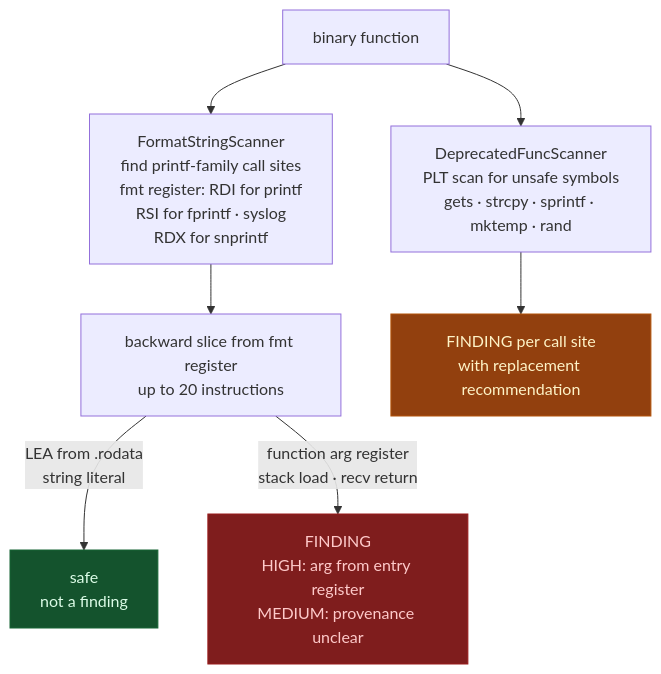
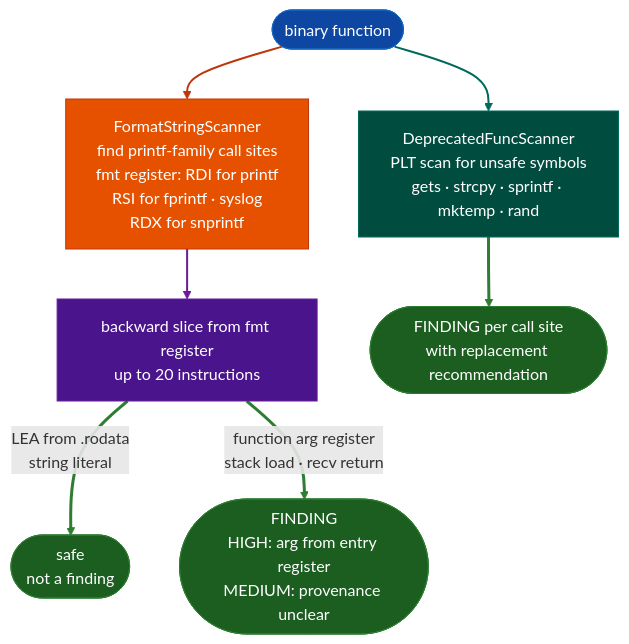
One commit to Ablation-Tool/ablation changed diagram 16 of 22 in docs/overview.md. Above: the diagram before and after it, drawn with Mermaid. The commit also changed other lines of this file and 320 other files, not shown here.

First line of the commit message:
docs: apply canonical Mermaid template to all 321 diagrams

````diff
--- a/docs/overview.md
+++ b/docs/overview.md
@@ -378,14 +496,22 @@
 ```mermaid
 flowchart TD
-    A["binary function"] --> B["FormatStringScanner\nfind printf-family call sites\nfmt register: RDI for printf\nRSI for fprintf · syslog\nRDX for snprintf"]
-    B --> C["backward slice from fmt register\nup to 20 instructions"]
-    C -->|"LEA from .rodata\nstring literal"| D["safe\nnot a finding"]
-    C -->|"function arg register\nstack load · recv return"| E["FINDING\nHIGH: arg from entry register\nMEDIUM: provenance unclear"]
+    A(["binary function"]):::input --> B["FormatStringScanner\nfind printf-family call sites\nfmt register: RDI for printf\nRSI for fprintf · syslog\nRDX for snprintf"]:::primary
+    B:::primary --> C["backward slice from fmt register\nup to 20 instructions"]:::tertiary
+    C:::tertiary -->|"LEA from .rodata\nstring literal"| D(["safe\nnot a finding"]):::output
+    C:::tertiary -->|"function arg register\nstack load · recv return"| E(["FINDING\nHIGH: arg from entry register\nMEDIUM: provenance unclear"]):::output
 
-    A --> F["DeprecatedFuncScanner\nPLT scan for unsafe symbols\ngets · strcpy · sprintf · mktemp · rand"]
-    F --> G["FINDING per call site\nwith replacement recommendation"]
-
-    style D fill:#14532d,stroke:#166534,color:#dcfce7
-    style E fill:#7f1d1d,stroke:#991b1b,color:#fecaca
-    style G fill:#92400e,stroke:#b45309,color:#fef3c7
+    A:::input --> F["DeprecatedFuncScanner\nPLT scan for unsafe symbols\ngets · strcpy · sprintf · mktemp · rand"]:::secondary
+    F:::secondary --> G(["FINDING per call site\nwith replacement recommendation"]):::output
+    classDef input     fill:#0d47a1,stroke:#1565c0,color:#fff
+    classDef primary   fill:#e65100,stroke:#bf360c,color:#fff
+    classDef secondary fill:#004d40,stroke:#00695c,color:#fff
+    classDef tertiary  fill:#4a148c,stroke:#6a1b9a,color:#fff
+    classDef neutral   fill:#37474f,stroke:#546e7a,color:#fff
+    classDef output    fill:#1b5e20,stroke:#2e7d32,color:#fff
+    linkStyle 0 stroke:#bf360c,stroke-width:2px
+    linkStyle 1 stroke:#6a1b9a,stroke-width:2px
+    linkStyle 2 stroke:#2e7d32,stroke-width:3px
+    linkStyle 3 stroke:#2e7d32,stroke-width:3px
+    linkStyle 4 stroke:#00695c,stroke-width:2px
+    linkStyle 5 stroke:#2e7d32,stroke-width:3px
 ```
````
